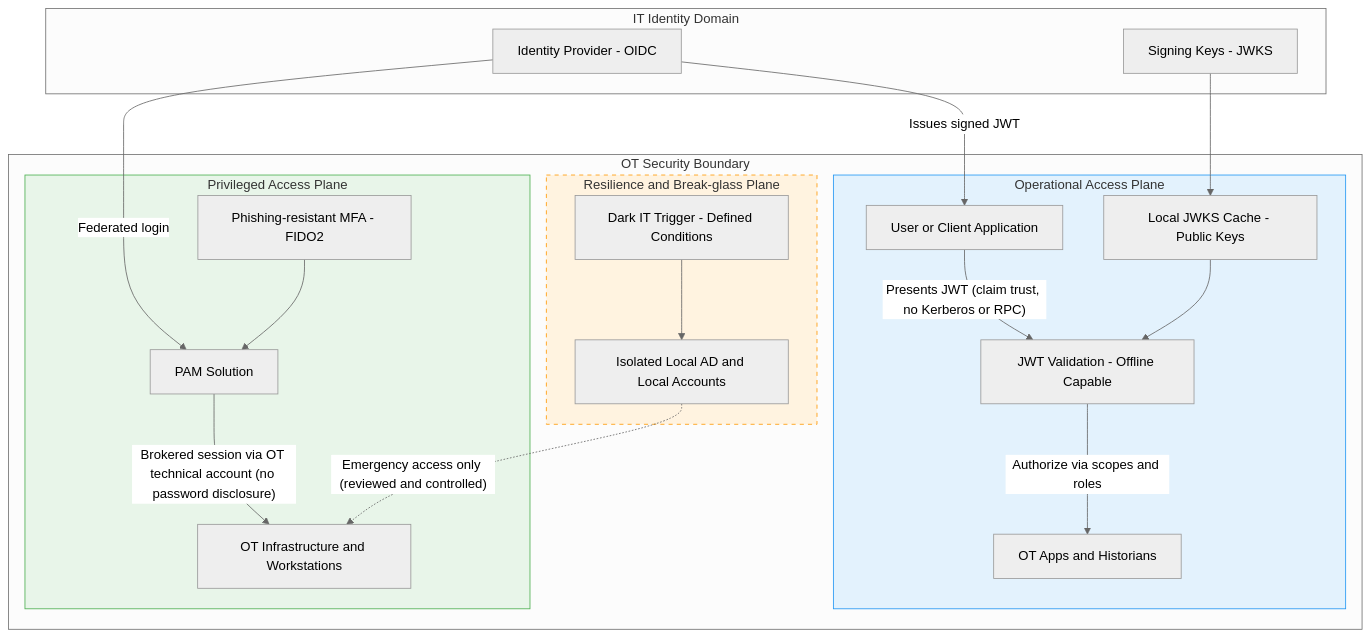
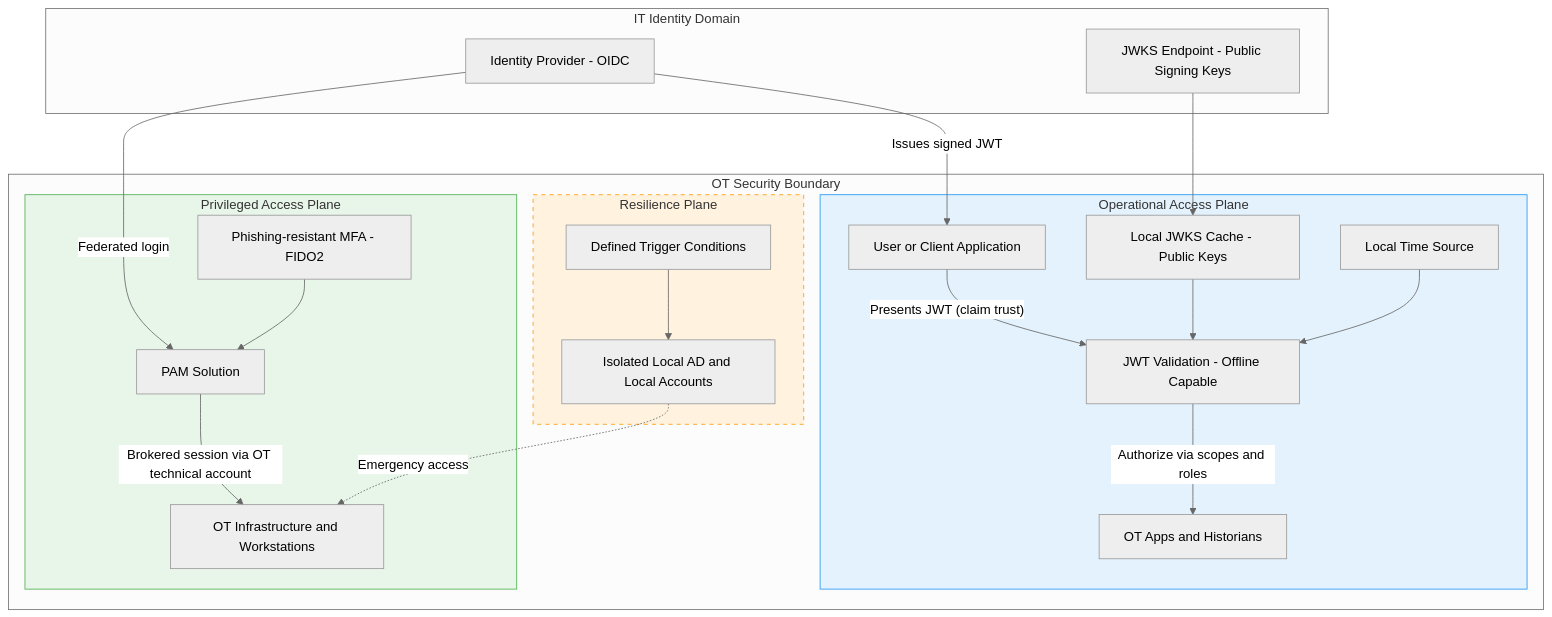
The diagram in diagrams/identity-access-planes.md (mattiaspilroth/ot-security-notes), drawn with Mermaid (neutral theme) before and after one commit.

````diff
--- a/diagrams/identity-access-planes.md
+++ b/diagrams/identity-access-planes.md
@@ -1,49 +1,46 @@
 ```mermaid
 graph TD
     subgraph IT_Domain [IT Identity Domain]
         IDP[Identity Provider - OIDC]
-        JWKS[Signing Keys - JWKS]
+        JWKS[JWKS Endpoint - Public Signing Keys]
     end
 
     subgraph OT_Domain [OT Security Boundary]
         subgraph OP_Plane [Operational Access Plane]
             Client[User or Client Application]
             KeyCache[Local JWKS Cache - Public Keys]
+            Time[Local Time Source]
             TokenValidate[JWT Validation - Offline Capable]
             Apps[OT Apps and Historians]
         end
 
         subgraph PRIV_Plane [Privileged Access Plane]
             PAM[PAM Solution]
             MFA[Phishing-resistant MFA - FIDO2]
             Servers[OT Infrastructure and Workstations]
         end
 
-        subgraph RES_Plane [Resilience and Break-glass Plane]
-            Trigger[Dark IT Trigger - Defined Conditions]
+        subgraph RES_Plane [Resilience Plane]
+            Trigger[Defined Trigger Conditions]
             LocalAD[Isolated Local AD and Local Accounts]
         end
     end
 
-    %% Operational Flow (Claim Trust)
     JWKS --> KeyCache
     IDP -- "Issues signed JWT" --> Client
-    Client -- "Presents JWT (claim trust, no Kerberos or RPC)" --> TokenValidate
+    Client -- "Presents JWT (claim trust)" --> TokenValidate
     KeyCache --> TokenValidate
+    Time --> TokenValidate
     TokenValidate -- "Authorize via scopes and roles" --> Apps
 
-    %% Privileged Flow (Mediated Admin)
     IDP -- "Federated login" --> PAM
     MFA --> PAM
-    PAM -- "Brokered session via OT technical account (no password disclosure)" --> Servers
+    PAM -- "Brokered session via OT technical account" --> Servers
 
-    %% Resilience Flow (Exceptional Only)
     Trigger --> LocalAD
-    LocalAD -. "Emergency access only (reviewed and controlled)" .-> Servers
+    LocalAD -. "Emergency access" .-> Servers
 
-    %% Styling
     style RES_Plane fill:#fff3e0,stroke:#ff9800,stroke-dasharray: 5 5
     style PRIV_Plane fill:#e8f5e9,stroke:#4caf50
     style OP_Plane fill:#e3f2fd,stroke:#2196f3
-
 ```
````
